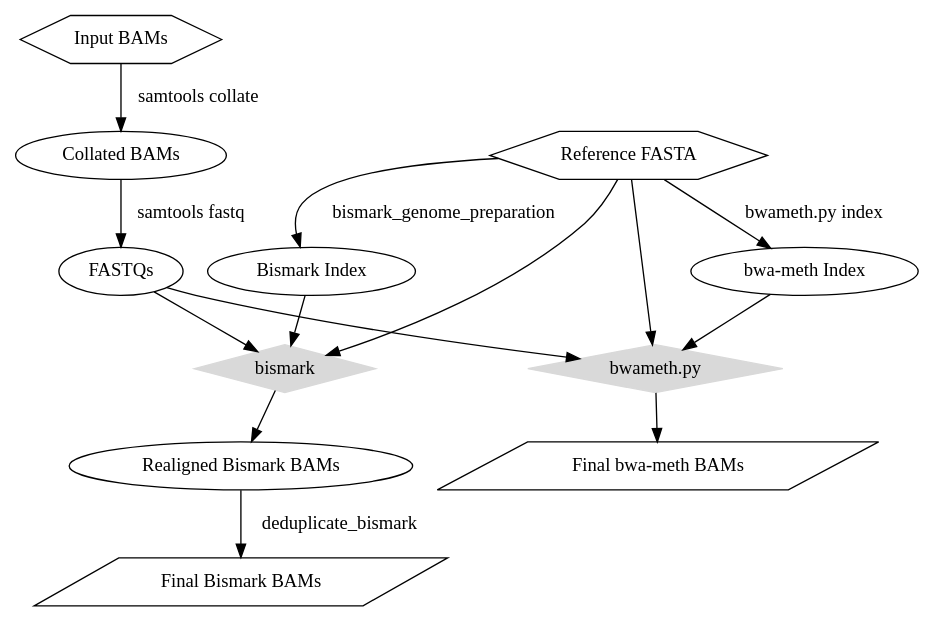
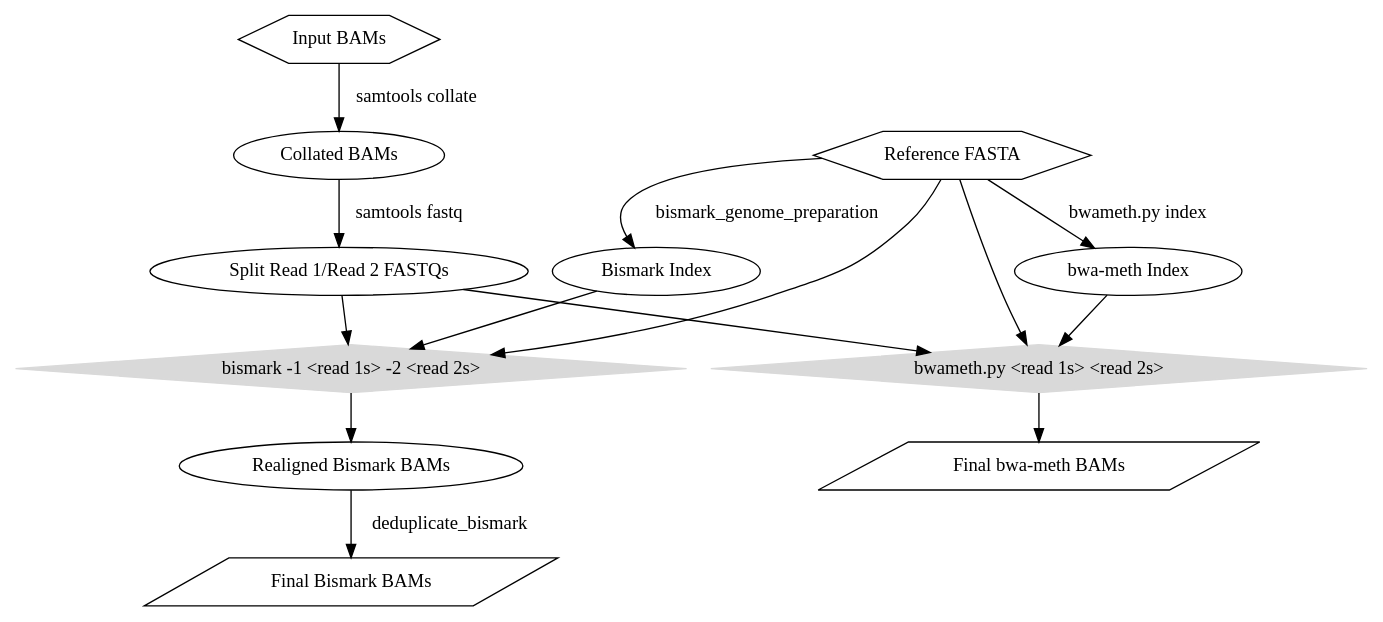
The diagram in realign workflow.dot (nebiolabs/low_bismap_methyl_calls), drawn with Graphviz before and after one commit. The commit also changed 1 other file, not shown here.

```diff
--- a/realign workflow.dot
+++ b/realign workflow.dot
@@ -1,41 +1,41 @@
 digraph workflow {
 
 	"Reference FASTA" [shape=hexagon];
 
 	"Input BAMs" [shape=hexagon];
 
 	"Final Bismark BAMs" [shape=parallelogram];
 
 	"Final bwa-meth BAMs" [shape=parallelogram];
 
-	"Bismark" [shape=diamond,  color=gray85, style=filled, label="bismark"];
+	"Bismark" [shape=diamond,  color=gray85, style=filled, label="bismark -1 <read 1s> -2 <read 2s>"];
 
-	"bwa-meth" [shape=diamond,  color=gray85, style=filled, label="bwameth.py"];
+	"bwa-meth" [shape=diamond,  color=gray85, style=filled, label="bwameth.py <read 1s> <read 2s>"];
 
 	"Input BAMs" -> "Collated BAMs" [label="samtools collate"];
 
-	"Collated BAMs" -> "FASTQs" [label="samtools fastq"];
+	"Collated BAMs" -> "Split Read 1/Read 2 FASTQs" [label="samtools fastq"];
 
-	"FASTQs" -> "Bismark";
+	"Split Read 1/Read 2 FASTQs" -> "Bismark";
 
-	"FASTQs" -> "bwa-meth";
+	"Split Read 1/Read 2 FASTQs" -> "bwa-meth";
 
 	"Bismark Index" -> "Bismark";
 
 	"bwa-meth Index" -> "bwa-meth";
 
 	"Reference FASTA" -> "Bismark Index" [label="bismark_genome_preparation"];
 
 	"Reference FASTA" -> "bwa-meth Index" [label="bwameth.py index"];
 
 	"Reference FASTA" -> "Bismark";
 
 	"Reference FASTA" -> "bwa-meth";
 
 	"Bismark" -> "Realigned Bismark BAMs";
 
 	"Realigned Bismark BAMs" -> "Final Bismark BAMs" [label="deduplicate_bismark"];
 
 	"bwa-meth" -> "Final bwa-meth BAMs";
 
 }
```
